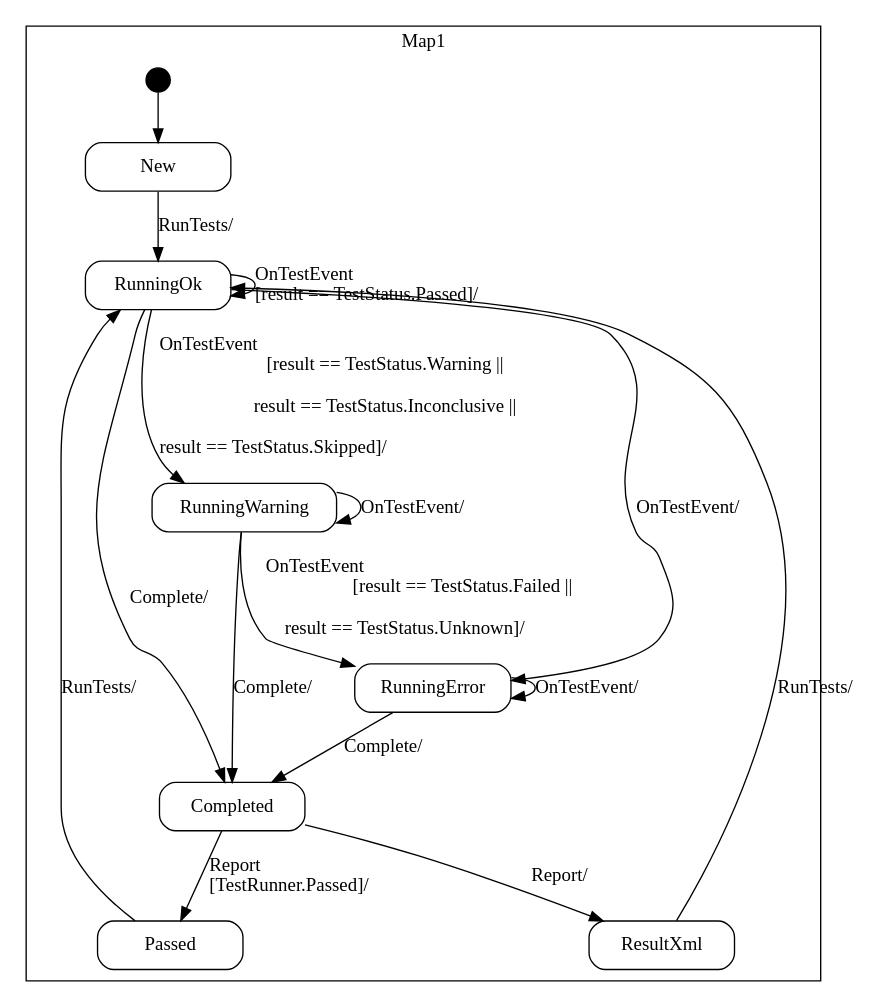
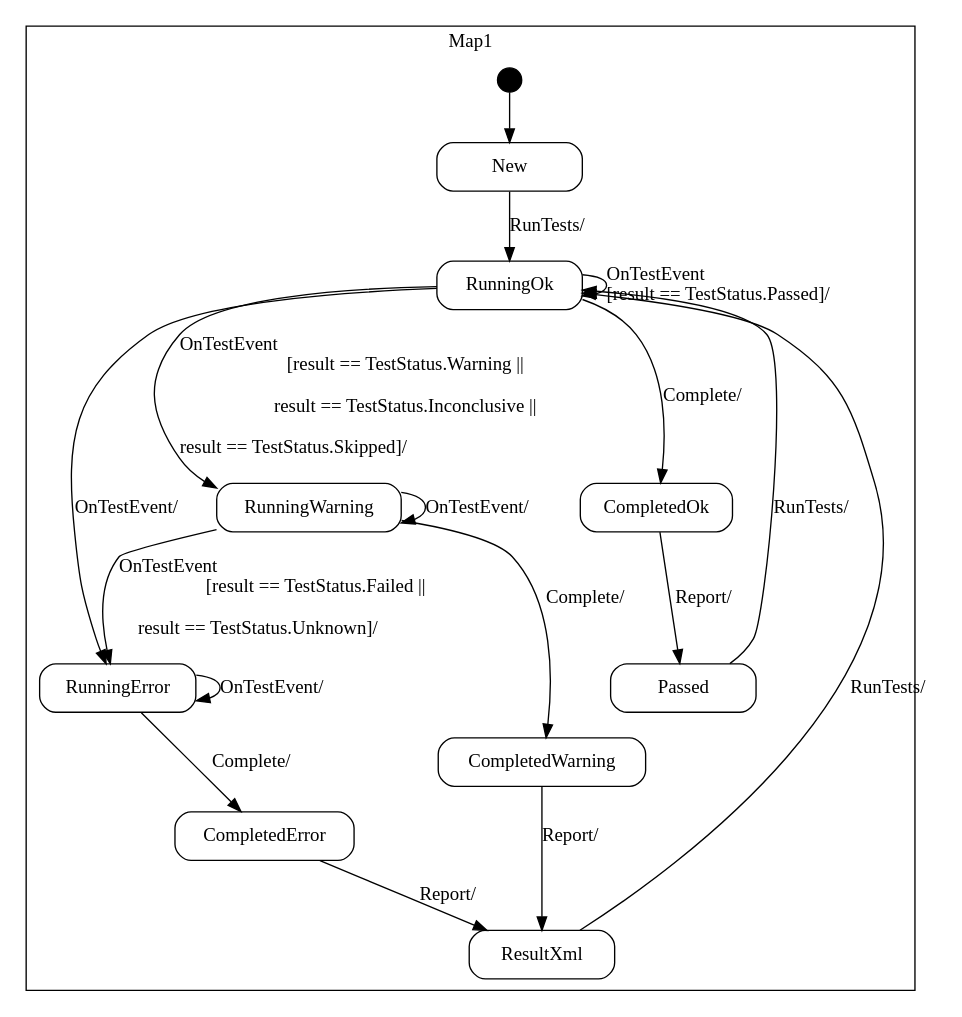
The diagram in src/iselenium.blazor/TestRunnerSmc/TestRunnerFsm_sm.dot (toniarnold/aspnettest), drawn with Graphviz before and after one commit. The commit also changed 15 other files, not shown here.

```diff
--- a/src/iselenium.blazor/TestRunnerSmc/TestRunnerFsm_sm.dot
+++ b/src/iselenium.blazor/TestRunnerSmc/TestRunnerFsm_sm.dot
@@ -1,90 +1,99 @@
 digraph TestRunnerFsm {
 
     node
         [shape=Mrecord width=1.5];
 
     subgraph cluster_Map1 {
 
         label="Map1";
 
         //
         // States (Nodes)
         //
 
         "Map1::New"
             [label="{New}"];
 
         "Map1::RunningOk"
             [label="{RunningOk}"];
 
         "Map1::RunningWarning"
             [label="{RunningWarning}"];
 
         "Map1::RunningError"
             [label="{RunningError}"];
 
-        "Map1::Completed"
-            [label="{Completed}"];
+        "Map1::CompletedOk"
+            [label="{CompletedOk}"];
+
+        "Map1::CompletedWarning"
+            [label="{CompletedWarning}"];
+
+        "Map1::CompletedError"
+            [label="{CompletedError}"];
 
         "Map1::Passed"
             [label="{Passed}"];
 
         "Map1::ResultXml"
             [label="{ResultXml}"];
 
         "%start"
             [label="" shape=circle style=filled fillcolor=black width=0.25];
 
         //
         // Transitions (Edges)
         //
 
         "Map1::New" -> "Map1::RunningOk"
             [label="RunTests/\l"];
 
         "Map1::RunningOk" -> "Map1::RunningOk"
             [label="OnTestEvent\l\[result == TestStatus.Passed\]/\l"];
 
         "Map1::RunningOk" -> "Map1::RunningWarning"
             [label="OnTestEvent\l\[result == TestStatus.Warning ||
 \l		 result == TestStatus.Inconclusive ||
 \l		 result == TestStatus.Skipped\]/\l"];
 
         "Map1::RunningOk" -> "Map1::RunningError"
             [label="OnTestEvent/\l"];
 
-        "Map1::RunningOk" -> "Map1::Completed"
+        "Map1::RunningOk" -> "Map1::CompletedOk"
             [label="Complete/\l"];
 
         "Map1::RunningWarning" -> "Map1::RunningError"
             [label="OnTestEvent\l\[result == TestStatus.Failed ||
 \l	     result == TestStatus.Unknown\]/\l"];
 
         "Map1::RunningWarning" -> "Map1::RunningWarning"
             [label="OnTestEvent/\l"];
 
-        "Map1::RunningWarning" -> "Map1::Completed"
+        "Map1::RunningWarning" -> "Map1::CompletedWarning"
             [label="Complete/\l"];
 
         "Map1::RunningError" -> "Map1::RunningError"
             [label="OnTestEvent/\l"];
 
-        "Map1::RunningError" -> "Map1::Completed"
+        "Map1::RunningError" -> "Map1::CompletedError"
             [label="Complete/\l"];
 
-        "Map1::Completed" -> "Map1::Passed"
-            [label="Report\l\[TestRunner.Passed\]/\l"];
+        "Map1::CompletedOk" -> "Map1::Passed"
+            [label="Report/\l"];
 
-        "Map1::Completed" -> "Map1::ResultXml"
+        "Map1::CompletedWarning" -> "Map1::ResultXml"
+            [label="Report/\l"];
+
+        "Map1::CompletedError" -> "Map1::ResultXml"
             [label="Report/\l"];
 
         "Map1::Passed" -> "Map1::RunningOk"
             [label="RunTests/\l"];
 
         "Map1::ResultXml" -> "Map1::RunningOk"
             [label="RunTests/\l"];
 
         "%start" -> "Map1::New"
     }
 
 }
```
